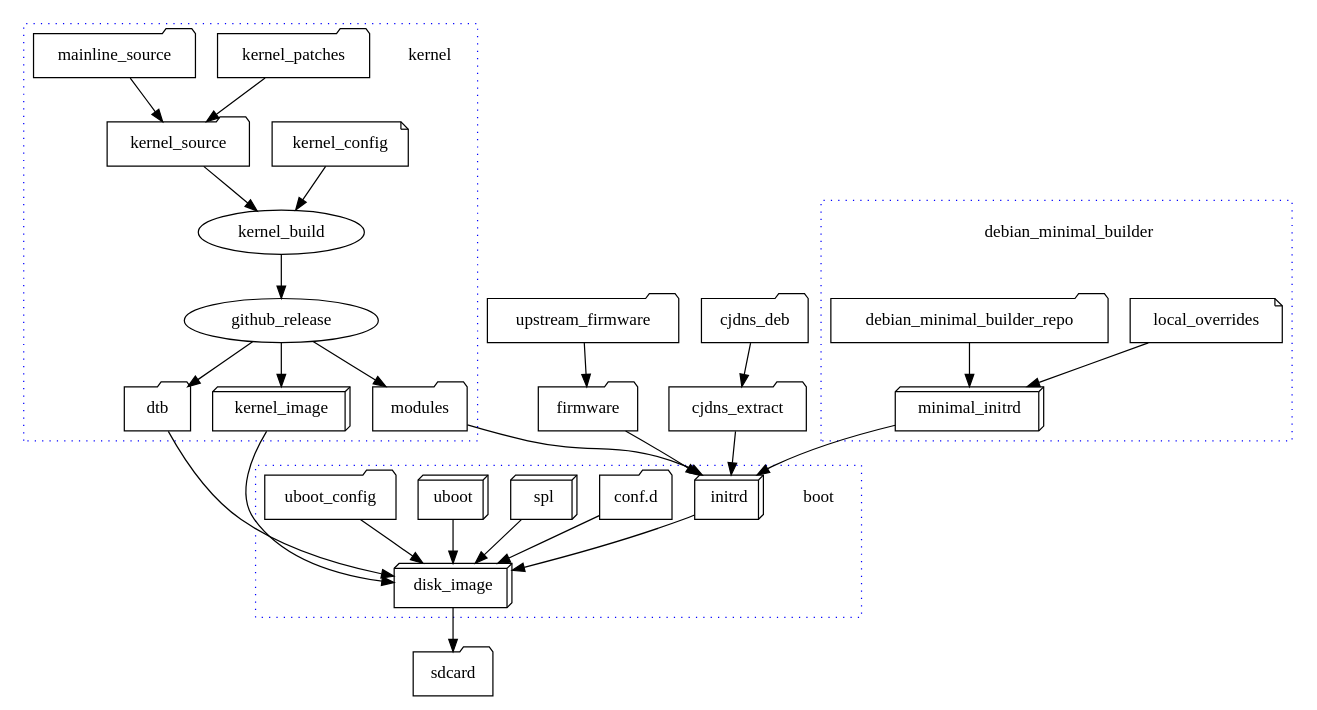
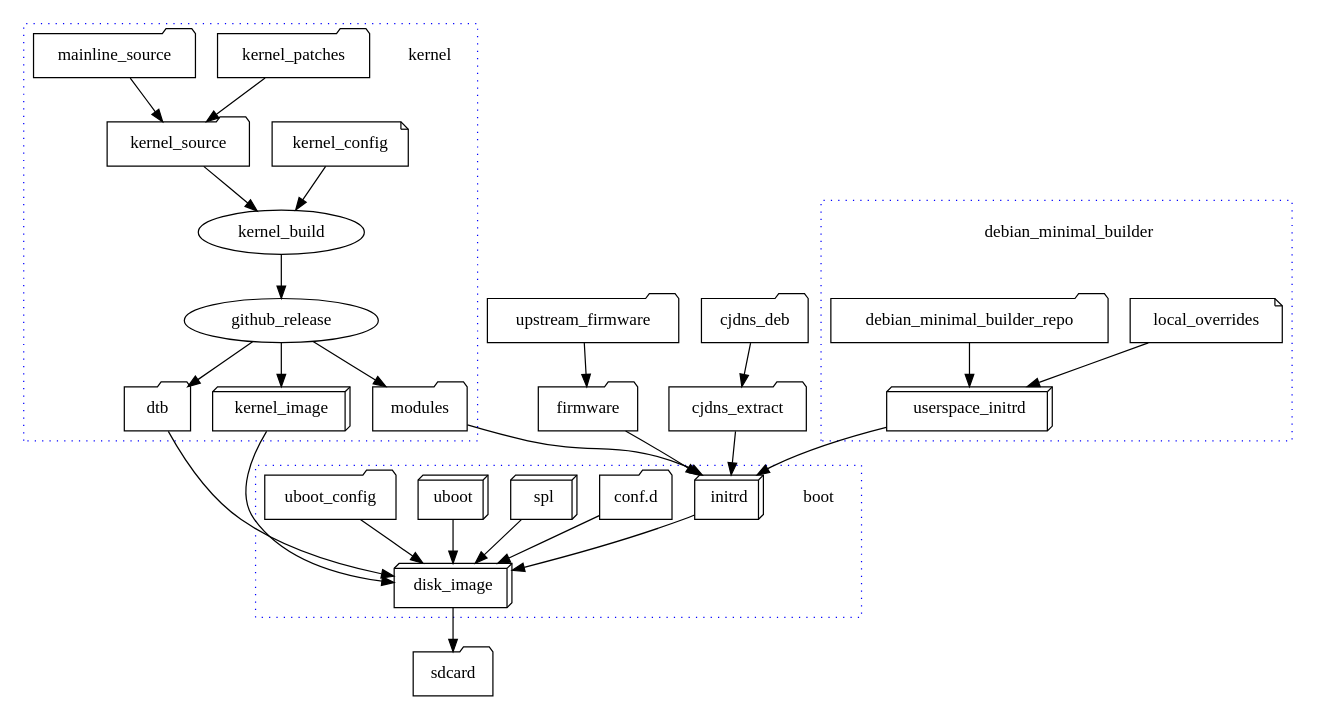
One commit to tomeshnet/mesh-orange changed the diagram in docs/build.dot. Above: the diagram before and after it, drawn with Graphviz. The commit also changed 1 other file, not shown here.

Commit message:
Rename the debian initrd box - it is the userspace for the build outputs

```diff
--- a/docs/build.dot
+++ b/docs/build.dot
@@ -1,84 +1,84 @@
 #
 # Outline how the build process works
 #
 
 digraph g{
 
     subgraph cluster_debian {
         debian_minimal_builder [shape=plaintext];
         graph[style=dotted];
         color=blue;
 
         debian_minimal_builder -> debian_minimal_builder_repo [dir=none style=invisible];
         debian_minimal_builder -> local_overrides [dir=none style=invisible];
 
         debian_minimal_builder_repo [shape=folder];
         local_overrides [shape=note];
-        minimal_initrd [shape=box3d];
+        userspace_initrd [shape=box3d];
 
-        debian_minimal_builder_repo -> minimal_initrd;
+        debian_minimal_builder_repo -> userspace_initrd;
 
-        local_overrides -> minimal_initrd;
+        local_overrides -> userspace_initrd;
 
     }
     
     subgraph cluster_kernel {
         kernel [shape=plaintext];
         graph[style=dotted];
         color=blue;
 
         kernel_config [shape=note];
         mainline_source [shape=folder];
         kernel_patches [shape=folder];
         kernel_source [shape=folder];
         kernel_image [shape=box3d];
         modules [shape=folder];
         dtb [shape=folder];
 
         kernel_patches -> kernel_source;
         mainline_source -> kernel_source;
         kernel_source -> kernel_build;
         kernel_config -> kernel_build;
 
         kernel_build -> github_release -> kernel_image;
         github_release -> modules;
         github_release -> dtb;
     }
 
     upstream_firmware [shape=folder];
     firmware [shape=folder];
     upstream_firmware -> firmware;
 
     cjdns_deb [shape=folder];
     cjdns_extract [shape=folder];
     cjdns_deb -> cjdns_extract;
 
     subgraph cluster_boot {
         boot [shape=plaintext];
         graph[style=dotted];
         color=blue;
 
         initrd [shape=box3d];
         conf_d [label="conf.d" shape=folder];
         spl [shape=box3d];
         uboot [shape=box3d];
         uboot_config [shape=folder];
 
         spl -> disk_image;
         uboot -> disk_image;
         uboot_config -> disk_image;
         initrd -> disk_image;
         conf_d -> disk_image;
         dtb -> disk_image;
     }
 
     firmware -> initrd;
-    minimal_initrd -> initrd;
+    userspace_initrd -> initrd;
     modules -> initrd;
     cjdns_extract -> initrd;
     kernel_image -> disk_image;
 
     disk_image [shape=box3d];
     sdcard [shape=folder];
     disk_image -> sdcard;
 }
```
